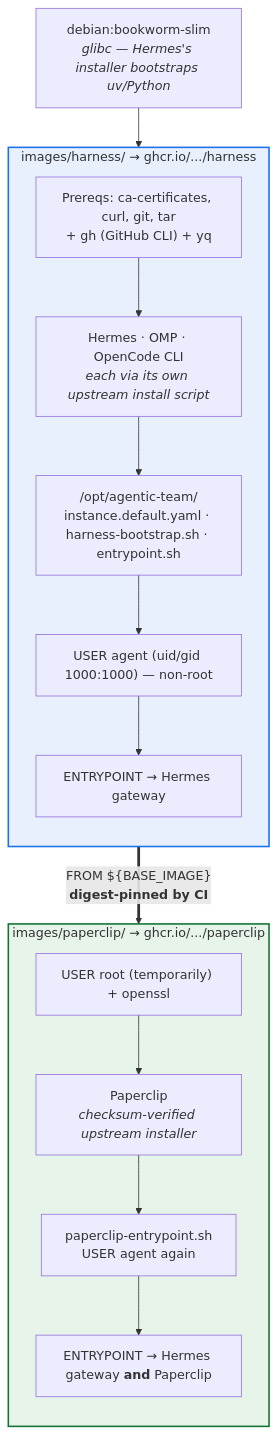
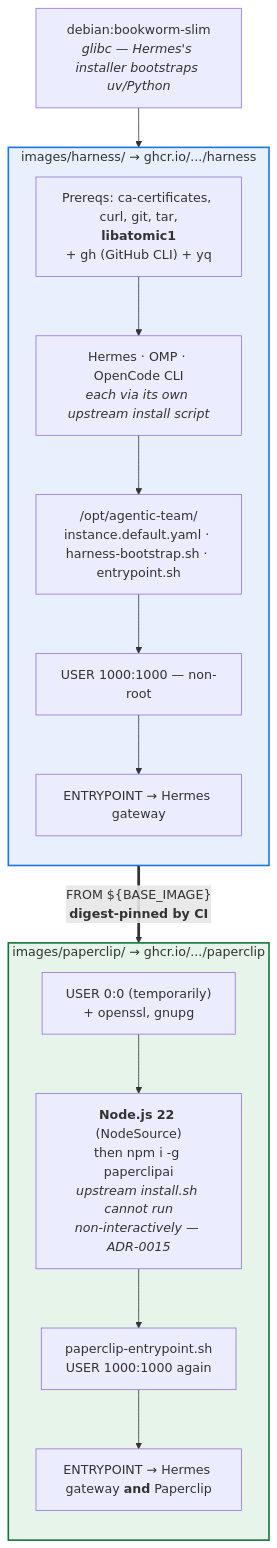
Before and after one commit to stainedhead/agentic-team-w-paperclip: the first of 2 diagrams in documentation/technical-architecture.md, drawn with Mermaid. The commit also changed other lines of this file and 6 other files, not shown here.

````diff
--- a/documentation/technical-architecture.md
+++ b/documentation/technical-architecture.md
@@ -28,29 +28,29 @@
 ```mermaid
 flowchart TB
     BASE["debian:bookworm-slim<br/><i>glibc — Hermes's installer bootstraps uv/Python</i>"]
 
     subgraph H["images/harness/ → ghcr.io/.../harness"]
         direction TB
-        H1["Prereqs: ca-certificates, curl, git, tar<br/>+ gh (GitHub CLI) + yq"]
+        H1["Prereqs: ca-certificates, curl, git, tar,<br/><b>libatomic1</b><br/>+ gh (GitHub CLI) + yq"]
         H2["Hermes · OMP · OpenCode CLI<br/><i>each via its own upstream install script</i>"]
         H3["/opt/agentic-team/<br/>instance.default.yaml · harness-bootstrap.sh · entrypoint.sh"]
-        H4["USER agent (uid/gid 1000:1000) — non-root"]
+        H4["USER 1000:1000 — non-root"]
         H5["ENTRYPOINT → Hermes gateway"]
         H1 --> H2 --> H3 --> H4 --> H5
     end
 
     subgraph P["images/paperclip/ → ghcr.io/.../paperclip"]
         direction TB
-        P1["USER root (temporarily) + openssl"]
-        P2["Paperclip<br/><i>checksum-verified upstream installer</i>"]
-        P3["paperclip-entrypoint.sh<br/>USER agent again"]
+        P1["USER 0:0 (temporarily)<br/>+ openssl, gnupg"]
+        P2["<b>Node.js 22</b> (NodeSource)<br/>then npm i -g paperclipai<br/><i>upstream install.sh cannot run<br/>non-interactively — ADR-0015</i>"]
+        P3["paperclip-entrypoint.sh<br/>USER 1000:1000 again"]
         P4["ENTRYPOINT → Hermes gateway <b>and</b> Paperclip"]
         P1 --> P2 --> P3 --> P4
     end
 
     BASE --> H
     H ==>|"FROM ${BASE_IMAGE}<br/><b>digest-pinned by CI</b>"| P
 
     style H fill:#e8f0fe,stroke:#1a73e8,stroke-width:2px
     style P fill:#e6f4ea,stroke:#137333,stroke-width:2px
 ```
````
